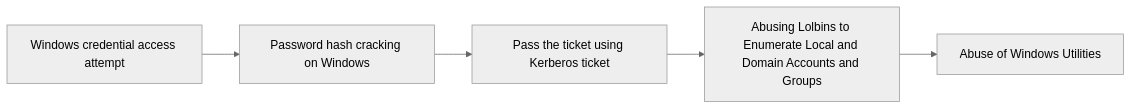
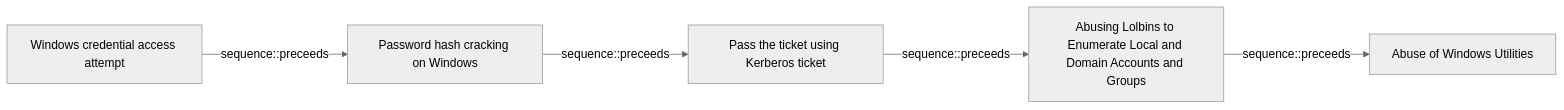
One commit to opentidehq/library changed the diagram in docs/threats/windows-credential-access-attempt.md. Above: the diagram before and after it, drawn with Mermaid (neutral theme). The commit also changed other lines of this file and 277 other files, not shown here.

````diff
--- a/docs/threats/windows-credential-access-attempt.md
+++ b/docs/threats/windows-credential-access-attempt.md
@@ -122,12 +171,12 @@
 ```mermaid
 flowchart LR
 d0522985_6001_4e25_a5ff_2dc87bf2fee8["Windows credential access attempt"]
 35c76d6c_2ac7_486e_b0b7_b56f6b110bec["Password hash cracking on Windows"]
 03cc9593_e7cf_484b_ae9c_684bf6f7199f["Pass the ticket using Kerberos ticket"]
 3b1026c6_7d04_4b91_ba6f_abc68e993616["Abusing Lolbins to Enumerate Local and Domain Accounts and Groups"]
 d5039f2c_9fcc_4ba3_ad6a_da8c891ba745["Abuse of Windows Utilities"]
-d0522985_6001_4e25_a5ff_2dc87bf2fee8 --> 35c76d6c_2ac7_486e_b0b7_b56f6b110bec
-35c76d6c_2ac7_486e_b0b7_b56f6b110bec --> 03cc9593_e7cf_484b_ae9c_684bf6f7199f
-03cc9593_e7cf_484b_ae9c_684bf6f7199f --> 3b1026c6_7d04_4b91_ba6f_abc68e993616
-3b1026c6_7d04_4b91_ba6f_abc68e993616 --> d5039f2c_9fcc_4ba3_ad6a_da8c891ba745
+d0522985_6001_4e25_a5ff_2dc87bf2fee8 -->|sequence::preceeds| 35c76d6c_2ac7_486e_b0b7_b56f6b110bec
+35c76d6c_2ac7_486e_b0b7_b56f6b110bec -->|sequence::preceeds| 03cc9593_e7cf_484b_ae9c_684bf6f7199f
+03cc9593_e7cf_484b_ae9c_684bf6f7199f -->|sequence::preceeds| 3b1026c6_7d04_4b91_ba6f_abc68e993616
+3b1026c6_7d04_4b91_ba6f_abc68e993616 -->|sequence::preceeds| d5039f2c_9fcc_4ba3_ad6a_da8c891ba745
 ```
````
